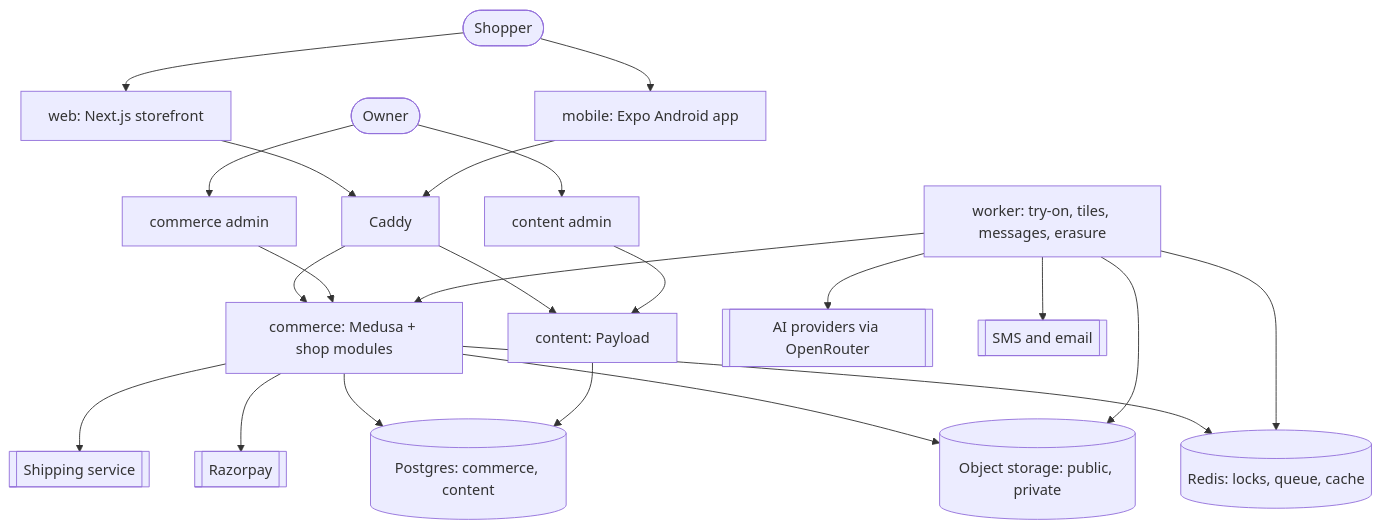
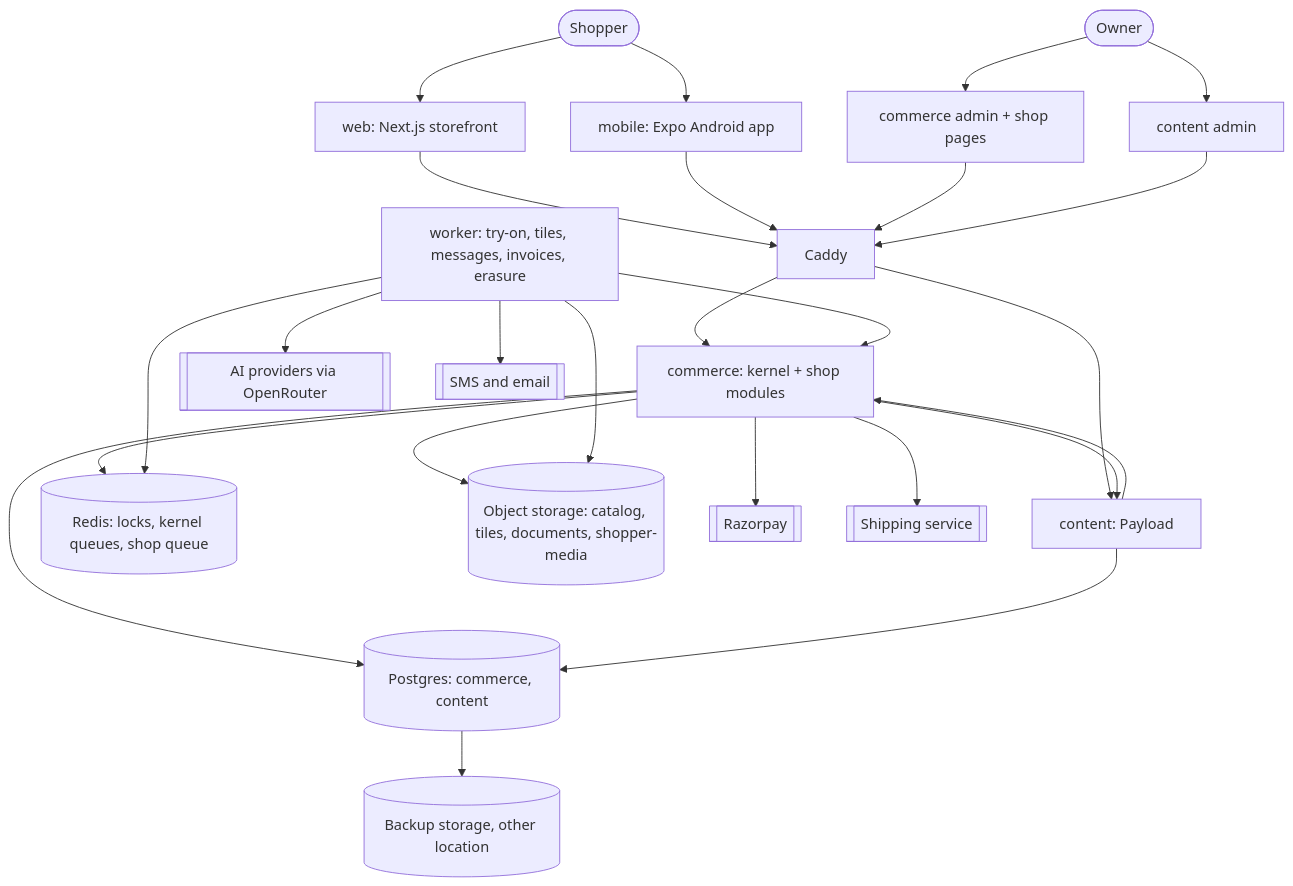
One commit to prasanthodin/Alar changed the second of 5 diagrams in _bmad-output/planning-artifacts/architecture/architecture-saree-commerce-2026-11-27/ARCHITECTURE-SPINE.md. Above: the diagram before and after it, drawn with Mermaid. The commit also changed other lines of this file and 2 other files, not shown here.

First line of the commit message:
Rewrite architecture spine after reality-check and adversarial reviews

````diff
--- a/_bmad-output/planning-artifacts/architecture/architecture-saree-commerce-2026-11-27/ARCHITECTURE-SPINE.md
+++ b/_bmad-output/planning-artifacts/architecture/architecture-saree-commerce-2026-11-27/ARCHITECTURE-SPINE.md
@@ -237,24 +300,27 @@
 ```mermaid
 flowchart TB
   shopper([Shopper]) --> web[web: Next.js storefront]
   shopper --> mobile[mobile: Expo Android app]
-  owner([Owner]) --> cadmin[commerce admin]
+  owner([Owner]) --> cadmin[commerce admin + shop pages]
   owner --> padmin[content admin]
   web --> caddy[Caddy]
   mobile --> caddy
-  caddy --> commerce[commerce: Medusa + shop modules]
+  cadmin --> caddy
+  padmin --> caddy
+  caddy --> commerce[commerce: kernel + shop modules]
   caddy --> content[content: Payload]
-  cadmin --> commerce
-  padmin --> content
   commerce --> pg[(Postgres: commerce, content)]
   content --> pg
-  commerce --> redis[(Redis: locks, queue, cache)]
-  worker[worker: try-on, tiles, messages, erasure] --> redis
+  commerce --> redis[(Redis: locks, kernel queues, shop queue)]
+  worker[worker: try-on, tiles, messages, invoices, erasure] --> redis
   worker --> commerce
-  commerce --> s3[(Object storage: public, private)]
+  content --> commerce
+  commerce --> content
+  commerce --> s3[(Object storage: catalog, tiles, documents, shopper-media)]
   worker --> s3
   commerce --> razorpay[[Razorpay]]
   commerce --> ship[[Shipping service]]
   worker --> ai[[AI providers via OpenRouter]]
   worker --> msg[[SMS and email]]
+  pg --> backup[(Backup storage, other location)]
 ```
````
